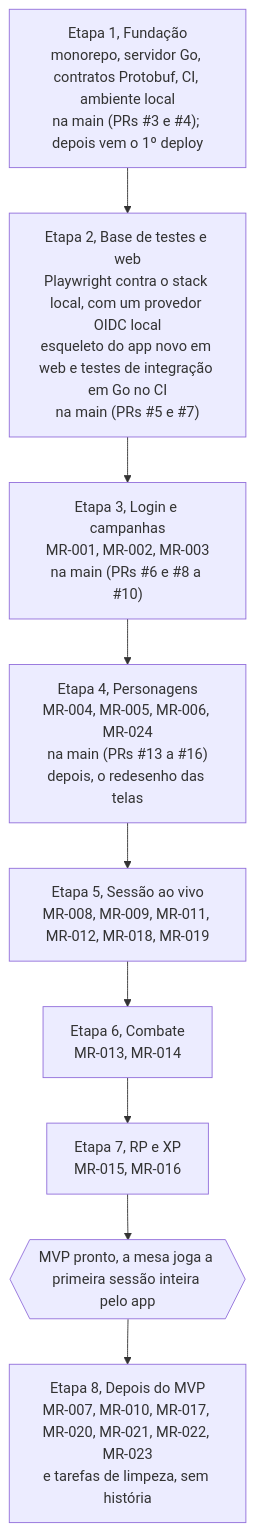
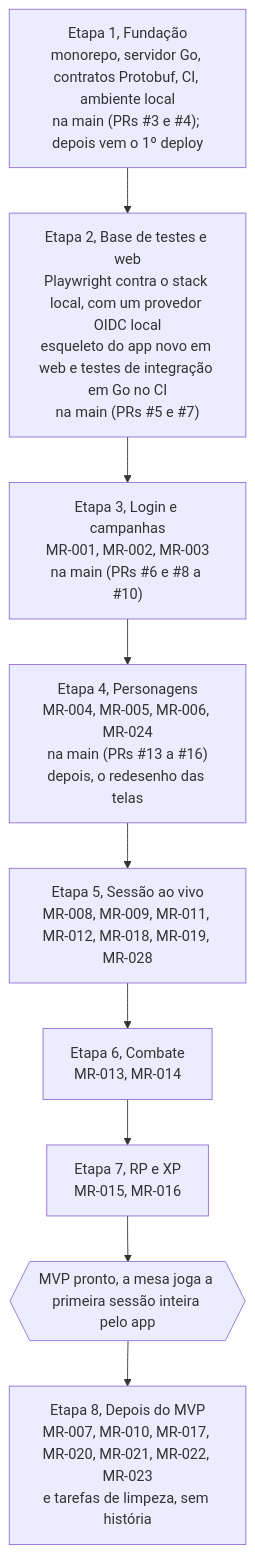
The diagram in docs/roadmap.md (PuraFome/meuRPG), drawn with Mermaid before and after one commit. The commit also changed other lines of this file and 53 other files, not shown here.

````diff
--- a/docs/roadmap.md
+++ b/docs/roadmap.md
@@ -5,14 +5,14 @@
 ```mermaid
 flowchart TD
     E1["Etapa 1, Fundação<br/>monorepo, servidor Go, contratos Protobuf, CI, ambiente local<br/>na main (PRs #3 e #4); depois vem o 1º deploy"]
     E2["Etapa 2, Base de testes e web<br/>Playwright contra o stack local, com um provedor OIDC local<br/>esqueleto do app novo em web e testes de integração em Go no CI<br/>na main (PRs #5 e #7)"]
     E3["Etapa 3, Login e campanhas<br/>MR-001, MR-002, MR-003<br/>na main (PRs #6 e #8 a #10)"]
     E4["Etapa 4, Personagens<br/>MR-004, MR-005, MR-006, MR-024<br/>na main (PRs #13 a #16)<br/>depois, o redesenho das telas"]
-    E5["Etapa 5, Sessão ao vivo<br/>MR-008, MR-009, MR-011, MR-012, MR-018, MR-019"]
+    E5["Etapa 5, Sessão ao vivo<br/>MR-008, MR-009, MR-011, MR-012, MR-018, MR-019, MR-028"]
     E6["Etapa 6, Combate<br/>MR-013, MR-014"]
     E7["Etapa 7, RP e XP<br/>MR-015, MR-016"]
     MVP{{"MVP pronto, a mesa joga a primeira sessão inteira pelo app"}}
     E8["Etapa 8, Depois do MVP<br/>MR-007, MR-010, MR-017, MR-020, MR-021, MR-022, MR-023<br/>e tarefas de limpeza, sem história"]
 
     E1 --> E2 --> E3 --> E4 --> E5 --> E6 --> E7 --> MVP --> E8
 ```
````
